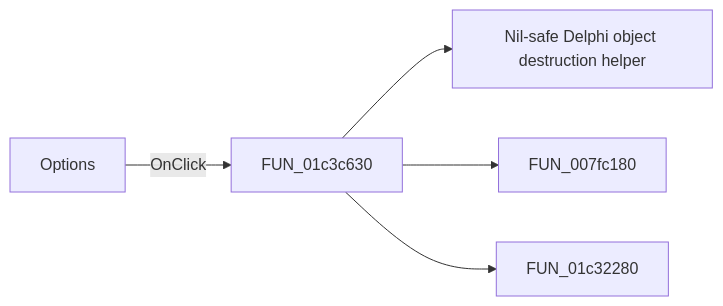
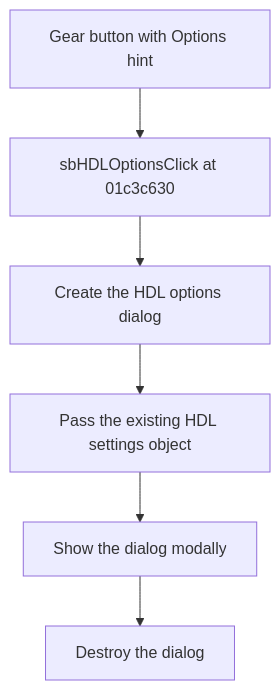
The diagram in docs/ui-controls/fmacrowiz/sbhdloptions-8789dec8b1.md (MovGP0/TIARA), drawn with Mermaid before and after one commit. The commit also changed other lines of this file and 387 other files, not shown here.

````diff
--- a/docs/ui-controls/fmacrowiz/sbhdloptions-8789dec8b1.md
+++ b/docs/ui-controls/fmacrowiz/sbhdloptions-8789dec8b1.md
@@ -27,7 +20,8 @@
 ```mermaid
-flowchart LR
-    control["Options"] -->|OnClick| handler["FUN_01c3c630"]
-    handler --> call1["Nil-safe Delphi object destruction helper"]
-    handler --> call2["FUN_007fc180"]
-    handler --> call3["FUN_01c32280"]
+flowchart TD
+    control["Gear button with Options hint"] --> handler["sbHDLOptionsClick at 01c3c630"]
+    handler --> create["Create the HDL options dialog"]
+    create --> settings["Pass the existing HDL settings object"]
+    settings --> modal["Show the dialog modally"]
+    modal --> destroy["Destroy the dialog"]
 ```
````
